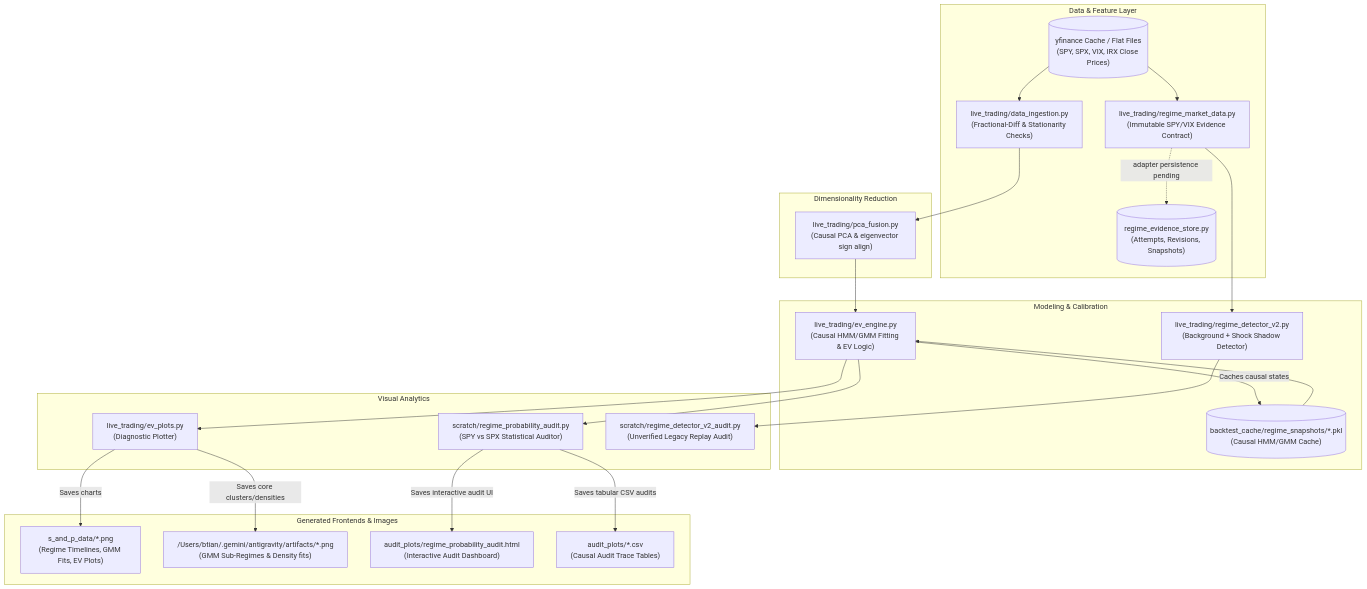
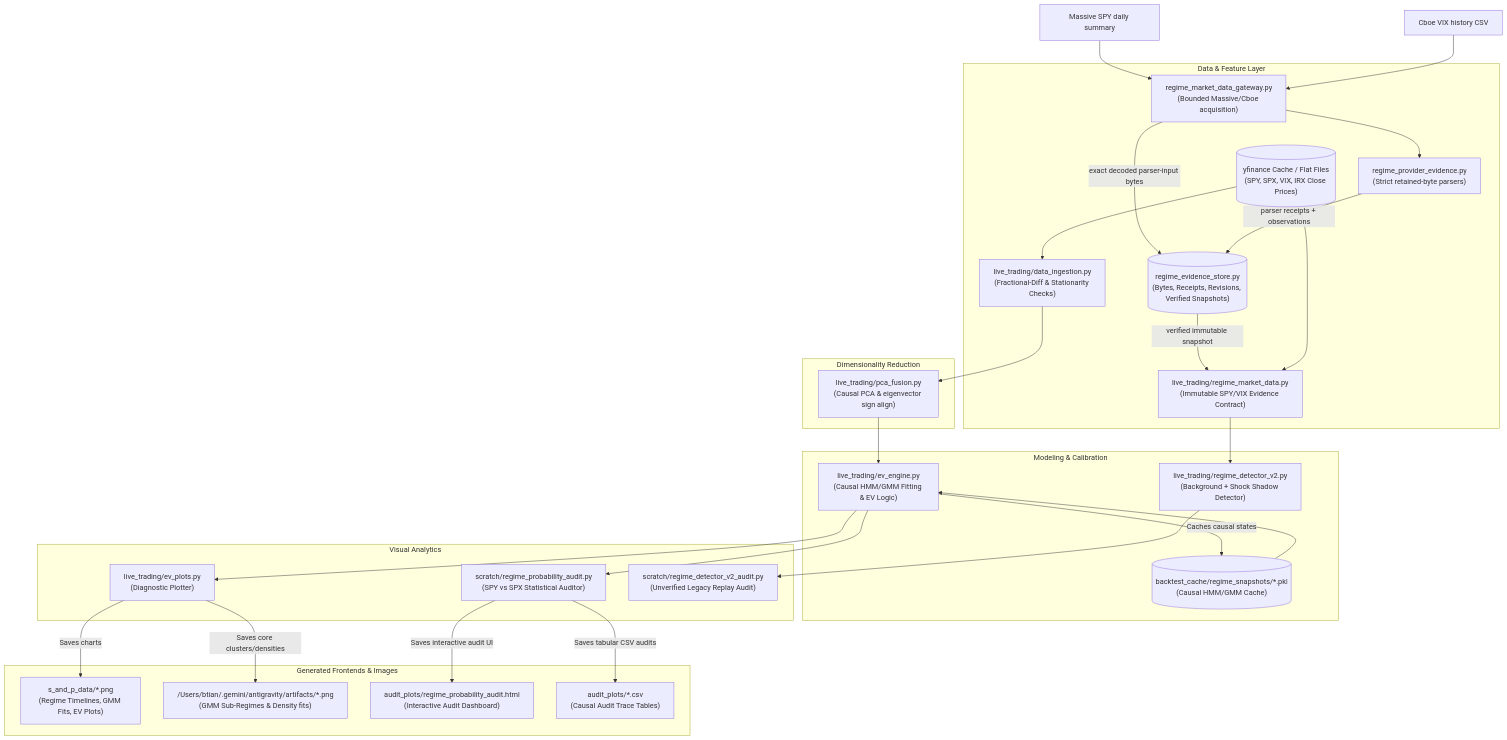
The second of 2 diagrams in etrade_python_client/docs/project_overview.md (tbt316/etrade_quant_trading), drawn with Mermaid before and after one commit. The commit also changed other lines of this file and 10 other files, not shown here.

Commit message:
Add durable regime provider evidence

````diff
--- a/etrade_python_client/docs/project_overview.md
+++ b/etrade_python_client/docs/project_overview.md
@@ -55,48 +57,55 @@
 ```mermaid
 flowchart TD
     subgraph Data & Feature Layer
         DI["live_trading/data_ingestion.py<br/>(Fractional-Diff & Stationarity Checks)"]
         YF[("yfinance Cache / Flat Files<br/>(SPY, SPX, VIX, IRX Close Prices)")]
+        MPG["regime_market_data_gateway.py<br/>(Bounded Massive/Cboe acquisition)"]
+        RPE["regime_provider_evidence.py<br/>(Strict retained-byte parsers)"]
         RMD["live_trading/regime_market_data.py<br/>(Immutable SPY/VIX Evidence Contract)"]
-        RES[("regime_evidence_store.py<br/>(Attempts, Revisions, Snapshots)")]
+        RES[("regime_evidence_store.py<br/>(Bytes, Receipts, Revisions, Verified Snapshots)")]
     end
 
     subgraph Dimensionality Reduction
         PF["live_trading/pca_fusion.py<br/>(Causal PCA & eigenvector sign align)"]
     end
 
     subgraph Modeling & Calibration
         EE["live_trading/ev_engine.py<br/>(Causal HMM/GMM Fitting & EV Logic)"]
         Snap[("backtest_cache/regime_snapshots/*.pkl<br/>(Causal HMM/GMM Cache)")]
         RD2["live_trading/regime_detector_v2.py<br/>(Background + Shock Shadow Detector)"]
     end
 
     subgraph Visual Analytics
         EP["live_trading/ev_plots.py<br/>(Diagnostic Plotter)"]
         RPA["scratch/regime_probability_audit.py<br/>(SPY vs SPX Statistical Auditor)"]
         RVA["scratch/regime_detector_v2_audit.py<br/>(Unverified Legacy Replay Audit)"]
     end
 
     subgraph Generated Frontends & Images
         PNGS["s_and_p_data/*.png<br/>(Regime Timelines, GMM Fits, EV Plots)"]
         ARTS["/Users/btian/.gemini/antigravity/artifacts/*.png<br/>(GMM Sub-Regimes & Density fits)"]
         AUD["audit_plots/regime_probability_audit.html<br/>(Interactive Audit Dashboard)"]
         CSVS["audit_plots/*.csv<br/>(Causal Audit Trace Tables)"]
     end
 
+    Massive["Massive SPY daily summary"] --> MPG
+    Cboe["Cboe VIX history CSV"] --> MPG
+    MPG -->|"exact decoded parser-input bytes"| RES
+    MPG --> RPE
+    RPE -->|"parser receipts + observations"| RES
+    RES -->|"verified immutable snapshot"| RMD
     YF --> DI
     YF --> RMD
-    RMD -.->|"adapter persistence pending"| RES
     RMD --> RD2
     RD2 --> RVA
     DI --> PF
     PF --> EE
     EE -->|Caches causal states| Snap
     Snap --> EE
     EE --> EP
     EE --> RPA
     EP -->|Saves charts| PNGS
     EP -->|Saves core clusters/densities| ARTS
     RPA -->|Saves interactive audit UI| AUD
     RPA -->|Saves tabular CSV audits| CSVS
 ```
````
